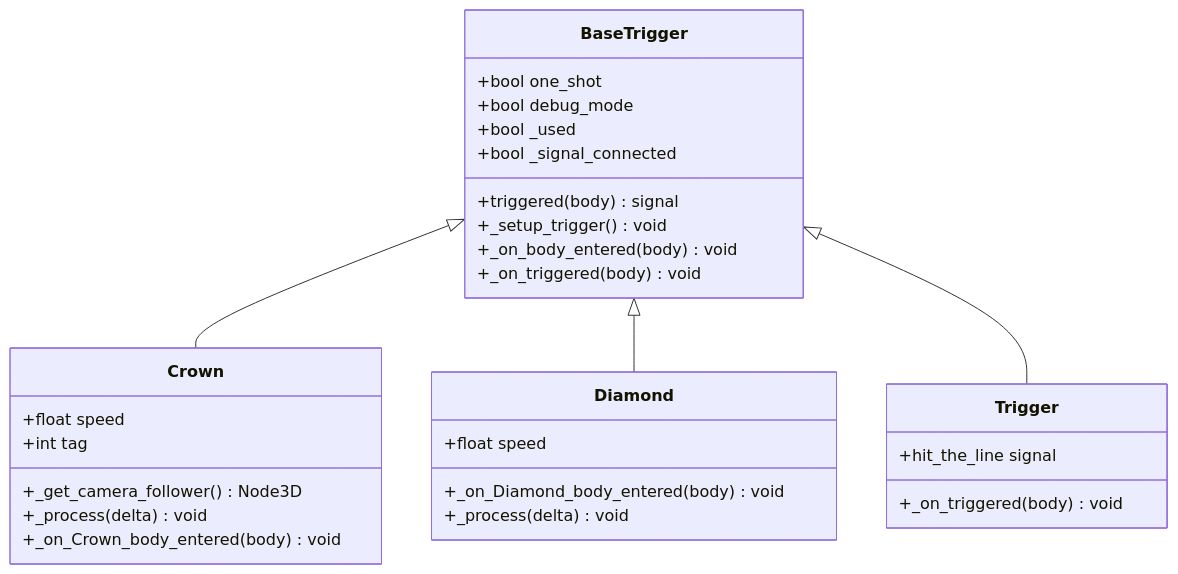
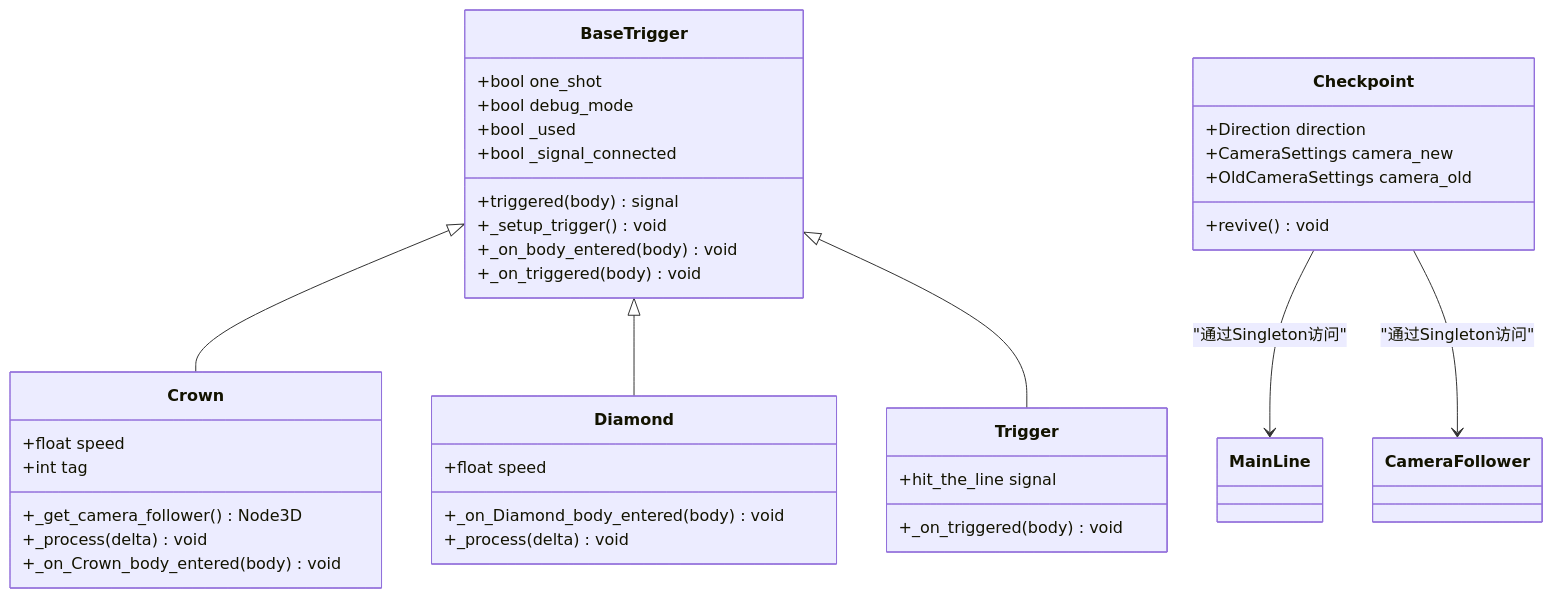
The sixth of 13 diagrams in .qoder/repowiki/zh/content/Mainline Script.md (godotline/godot-line), drawn with Mermaid before and after one commit. The commit also changed other lines of this file and 28 other files, not shown here.

````diff
--- a/.qoder/repowiki/zh/content/Mainline Script.md
+++ b/.qoder/repowiki/zh/content/Mainline Script.md
@@ -246,32 +282,40 @@
 ```mermaid
 classDiagram
 class BaseTrigger {
 +bool one_shot
 +bool debug_mode
 +bool _used
 +bool _signal_connected
 +triggered(body) signal
 +_setup_trigger() void
 +_on_body_entered(body) void
 +_on_triggered(body) void
 }
 class Crown {
 +float speed
 +int tag
 +_get_camera_follower() Node3D
 +_process(delta) void
 +_on_Crown_body_entered(body) void
 }
 class Diamond {
 +float speed
 +_on_Diamond_body_entered(body) void
 +_process(delta) void
 }
 class Trigger {
 +hit_the_line signal
 +_on_triggered(body) void
 }
+class Checkpoint {
++Direction direction
++CameraSettings camera_new
++OldCameraSettings camera_old
++revive() void
+}
 BaseTrigger <|-- Crown
 BaseTrigger <|-- Diamond
 BaseTrigger <|-- Trigger
+Checkpoint --> MainLine : "通过Singleton访问"
+Checkpoint --> CameraFollower : "通过Singleton访问"
 ```
````
